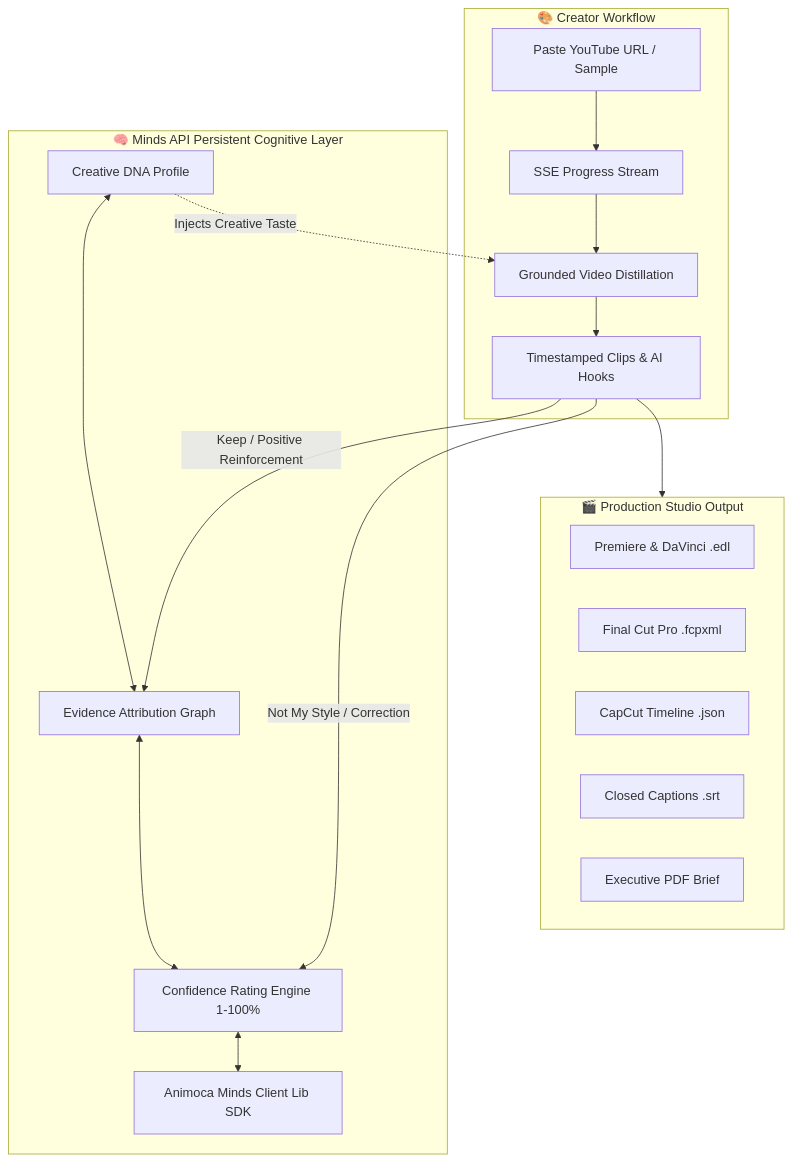
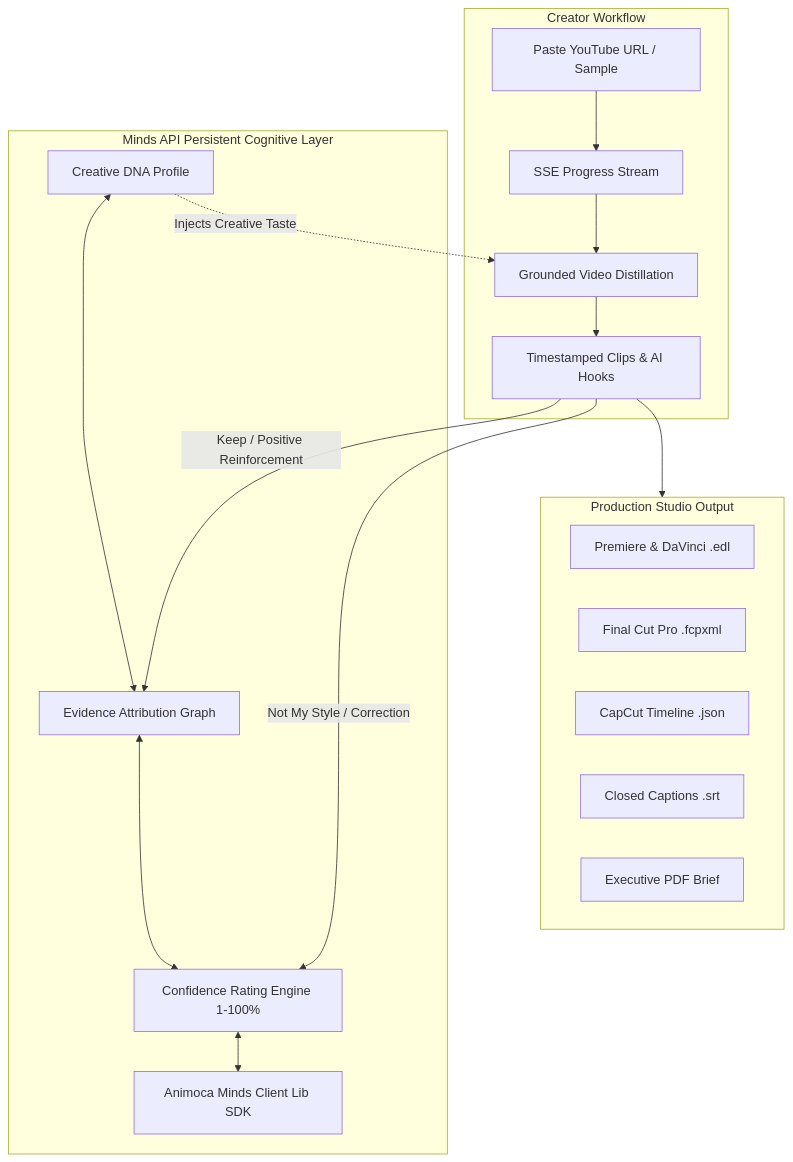
Before and after one commit to 0xaje/Soulcut: the diagram in README.md, drawn with Mermaid. The commit also changed other lines of this file and 4 other files, not shown here.

````diff
--- a/README.md
+++ b/README.md
@@ -53,27 +53,27 @@
 ```mermaid
 flowchart TD
-    subgraph Creator["🎨 Creator Workflow"]
+    subgraph Creator["Creator Workflow"]
         A[Paste YouTube URL / Sample] --> B[SSE Progress Stream]
         B --> C[Grounded Video Distillation]
         C --> D[Timestamped Clips & AI Hooks]
     end
 
-    subgraph MindsLayer["🧠 Minds API Persistent Cognitive Layer"]
+    subgraph MindsLayer["Minds API Persistent Cognitive Layer"]
         M1[Creative DNA Profile] <--> M2[Evidence Attribution Graph]
         M2 <--> M3[Confidence Rating Engine 1-100%]
         M3 <--> M4[Animoca Minds Client Lib SDK]
     end
 
-    subgraph StudioExports["🎬 Production Studio Output"]
+    subgraph StudioExports["Production Studio Output"]
         E1[Premiere & DaVinci .edl]
         E2[Final Cut Pro .fcpxml]
         E3[CapCut Timeline .json]
         E4[Closed Captions .srt]
         E5[Executive PDF Brief]
     end
 
     D -->|Keep / Positive Reinforcement| M2
     D -->|Not My Style / Correction| M3
     M1 -.->|Injects Creative Taste| C
     D --> StudioExports
 ```
````
